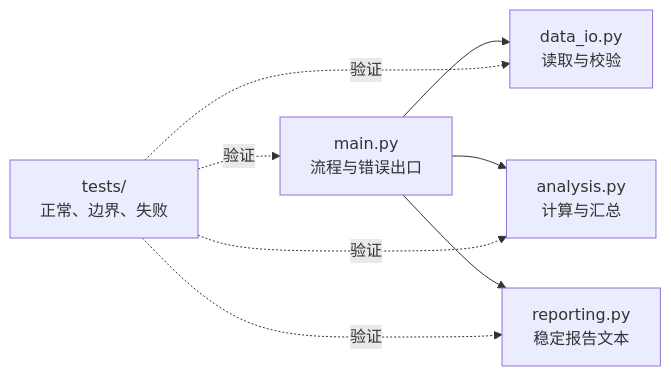
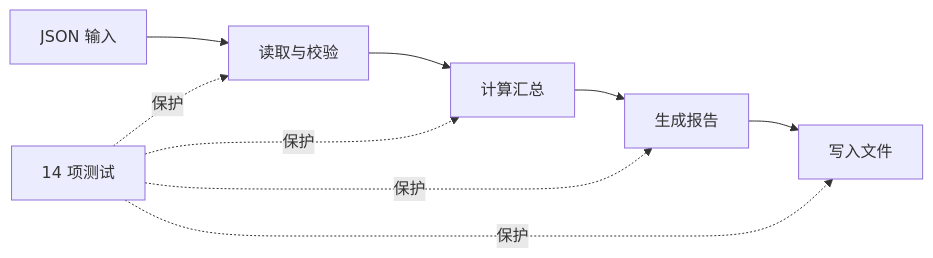
One commit to cafelemon/become_engineer changed the second of 2 diagrams in learning-paths/programming-languages/python-basics/07-errors-debugging-tests.md. Above: the diagram before and after it, drawn with Mermaid. The commit also changed other lines of this file and 96 other files, not shown here.

````diff
--- a/learning-paths/programming-languages/python-basics/07-errors-debugging-tests.md
+++ b/learning-paths/programming-languages/python-basics/07-errors-debugging-tests.md
@@ -368,10 +343,11 @@
-```mermaid
+~~~mermaid
 flowchart LR
-    A["main.py\n流程与错误出口"] --> B["data_io.py\n读取与校验"]
-    A --> C["analysis.py\n计算与汇总"]
-    A --> D["reporting.py\n稳定报告文本"]
-    T["tests/\n正常、边界、失败"] -.验证.-> A
-    T -.验证.-> B
-    T -.验证.-> C
-    T -.验证.-> D
-```
+    A["JSON 输入"] --> B["读取与校验"]
+    B --> C["计算汇总"]
+    C --> D["生成报告"]
+    D --> E["写入文件"]
+    T["14 项测试"] -.保护.-> B
+    T -.保护.-> C
+    T -.保护.-> D
+    T -.保护.-> E
+~~~
````
